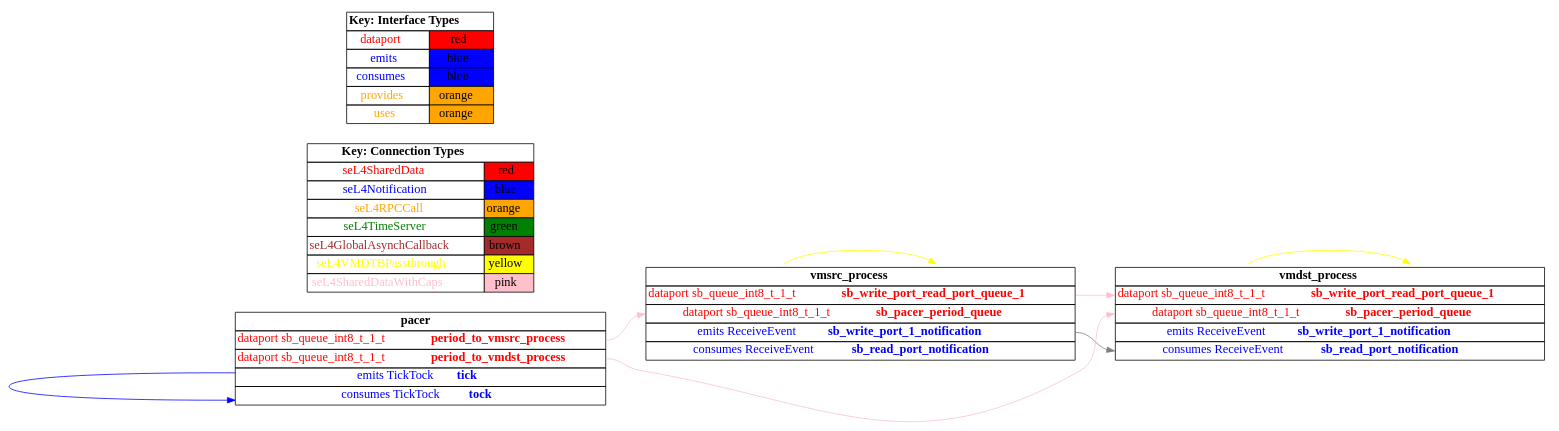
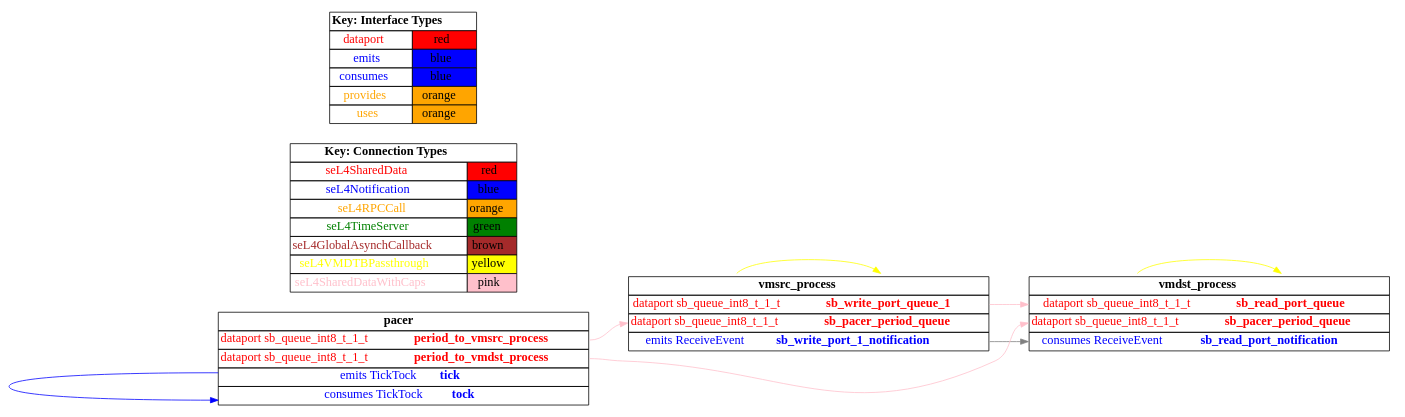
One commit to loonwerks/CASE changed the diagram in TA5/tool-evaluation-4/HAMR/examples/test_event_data_port_periodic_domains_VM/both_vm/CAmkES_seL4_Only/graph.dot. Above: the diagram before and after it, drawn with Graphviz. The commit also changed 101 other files, not shown here.

```diff
--- a/TA5/tool-evaluation-4/HAMR/examples/test_event_data_port_periodic_domains_VM/both_vm/CAmkES_seL4_Only/graph.dot
+++ b/TA5/tool-evaluation-4/HAMR/examples/test_event_data_port_periodic_domains_VM/both_vm/CAmkES_seL4_Only/graph.dot
@@ -1,124 +1,122 @@
 digraph g {
 graph [
   overlap = false,
   rankdir = "LR"
 ];
 node [
   fontsize = "16",
   shape = "ellipse"
 ];
 edge [
 ];
 
 vmsrc_process [
   label=<
     <TABLE BORDER="0" CELLBORDER="1" CELLSPACING="0">
       <TR><TD><B>vmsrc_process</B></TD></TR>
-      <TR><TD PORT="sb_write_port_read_port_queue_1"><FONT COLOR="red">dataport sb_queue_int8_t_1_t <B>sb_write_port_read_port_queue_1</B></FONT></TD></TR>
+      <TR><TD PORT="sb_write_port_queue_1"><FONT COLOR="red">dataport sb_queue_int8_t_1_t <B>sb_write_port_queue_1</B></FONT></TD></TR>
       <TR><TD PORT="sb_pacer_period_queue"><FONT COLOR="red">dataport sb_queue_int8_t_1_t <B>sb_pacer_period_queue</B></FONT></TD></TR>
-      <TR><TD PORT="sb_write_port_1_notification"><FONT COLOR="blue">emits ReceiveEvent <B>sb_write_port_1_notification</B></FONT></TD></TR>
-      <TR><TD PORT="sb_read_port_notification"><FONT COLOR="blue">consumes ReceiveEvent <B>sb_read_port_notification</B></FONT></TD></TR>"
+      <TR><TD PORT="sb_write_port_1_notification"><FONT COLOR="blue">emits ReceiveEvent <B>sb_write_port_1_notification</B></FONT></TD></TR>"
     </TABLE>
   >
   shape=plaintext
 ];
 
 vmdst_process [
   label=<
     <TABLE BORDER="0" CELLBORDER="1" CELLSPACING="0">
       <TR><TD><B>vmdst_process</B></TD></TR>
-      <TR><TD PORT="sb_write_port_read_port_queue_1"><FONT COLOR="red">dataport sb_queue_int8_t_1_t <B>sb_write_port_read_port_queue_1</B></FONT></TD></TR>
+      <TR><TD PORT="sb_read_port_queue"><FONT COLOR="red">dataport sb_queue_int8_t_1_t <B>sb_read_port_queue</B></FONT></TD></TR>
       <TR><TD PORT="sb_pacer_period_queue"><FONT COLOR="red">dataport sb_queue_int8_t_1_t <B>sb_pacer_period_queue</B></FONT></TD></TR>
-      <TR><TD PORT="sb_write_port_1_notification"><FONT COLOR="blue">emits ReceiveEvent <B>sb_write_port_1_notification</B></FONT></TD></TR>
       <TR><TD PORT="sb_read_port_notification"><FONT COLOR="blue">consumes ReceiveEvent <B>sb_read_port_notification</B></FONT></TD></TR>"
     </TABLE>
   >
   shape=plaintext
 ];
 
 pacer [
   label=<
     <TABLE BORDER="0" CELLBORDER="1" CELLSPACING="0">
       <TR><TD><B>pacer</B></TD></TR>
       <TR><TD PORT="period_to_vmsrc_process"><FONT COLOR="red">dataport sb_queue_int8_t_1_t <B>period_to_vmsrc_process</B></FONT></TD></TR>
       <TR><TD PORT="period_to_vmdst_process"><FONT COLOR="red">dataport sb_queue_int8_t_1_t <B>period_to_vmdst_process</B></FONT></TD></TR>
       <TR><TD PORT="tick"><FONT COLOR="blue">emits TickTock <B>tick</B></FONT></TD></TR>
       <TR><TD PORT="tock"><FONT COLOR="blue">consumes TickTock <B>tock</B></FONT></TD></TR>"
     </TABLE>
   >
   shape=plaintext
 ];
 
 connectiontypekey [
   label=<
    <TABLE BORDER="0" CELLBORDER="1" CELLSPACING="0">
      <TR><TD COLSPAN="2"><B>Key: Connection Types</B></TD></TR>
      <TR><TD><FONT COLOR="red">seL4SharedData</FONT></TD><TD BGCOLOR="red">red</TD></TR>
      <TR><TD><FONT COLOR="blue">seL4Notification</FONT></TD><TD BGCOLOR="blue">blue</TD></TR>
      <TR><TD><FONT COLOR="orange">seL4RPCCall</FONT></TD><TD BGCOLOR="orange">orange</TD></TR>
      <TR><TD><FONT COLOR="green">seL4TimeServer</FONT></TD><TD BGCOLOR="green">green</TD></TR>
      <TR><TD><FONT COLOR="brown">seL4GlobalAsynchCallback</FONT></TD><TD BGCOLOR="brown">brown</TD></TR>
      <TR><TD><FONT COLOR="yellow">seL4VMDTBPassthrough</FONT></TD><TD BGCOLOR="yellow">yellow</TD></TR>
      <TR><TD><FONT COLOR="pink">seL4SharedDataWithCaps</FONT></TD><TD BGCOLOR="pink">pink</TD></TR>
    </TABLE>
   >
   shape=plaintext
 ];
 
 interfacetypekey [
   label=<
    <TABLE BORDER="0" CELLBORDER="1" CELLSPACING="0">
      <TR><TD COLSPAN="2"><B>Key: Interface Types</B></TD></TR>
      <TR><TD><FONT COLOR="red">dataport</FONT></TD><TD BGCOLOR="red">red</TD></TR>
      <TR><TD><FONT COLOR="blue">emits</FONT></TD><TD BGCOLOR="blue">blue</TD></TR>
      <TR><TD><FONT COLOR="blue">consumes</FONT></TD><TD BGCOLOR="blue">blue</TD></TR>
      <TR><TD><FONT COLOR="orange">provides</FONT></TD><TD BGCOLOR="orange">orange</TD></TR>
      <TR><TD><FONT COLOR="orange">uses</FONT></TD><TD BGCOLOR="orange">orange</TD></TR>
    </TABLE>
   >
   shape=plaintext
 ];
 
 "vmsrc_process":dtb_self -> "vmsrc_process":dtb [
   color="yellow"
   //label = "seL4VMDTBPassthrough"
   id = conn1
 ];
 
 "vmdst_process":dtb_self -> "vmdst_process":dtb [
   color="yellow"
   //label = "seL4VMDTBPassthrough"
   id = conn2
 ];
 
 "vmsrc_process":sb_write_port_1_notification -> "vmdst_process":sb_read_port_notification [
   color="grey"
   //label = "seL4GlobalAsynch"
   id = conn3
 ];
 
-"vmsrc_process":sb_write_port_read_port_queue_1 -> "vmdst_process":sb_write_port_read_port_queue_1 [
+"vmsrc_process":sb_write_port_queue_1 -> "vmdst_process":sb_read_port_queue [
   color="pink"
   //label = "seL4SharedDataWithCaps"
   id = conn4
 ];
 
 "pacer":tick -> "pacer":tock [
   color="blue"
   //label = "seL4Notification"
   id = conn5
 ];
 
 "pacer":period_to_vmsrc_process -> "vmsrc_process":sb_pacer_period_queue [
   color="pink"
   //label = "seL4SharedDataWithCaps"
   id = conn6
 ];
 
 "pacer":period_to_vmdst_process -> "vmdst_process":sb_pacer_period_queue [
   color="pink"
   //label = "seL4SharedDataWithCaps"
   id = conn7
 ];
 
 }
```
